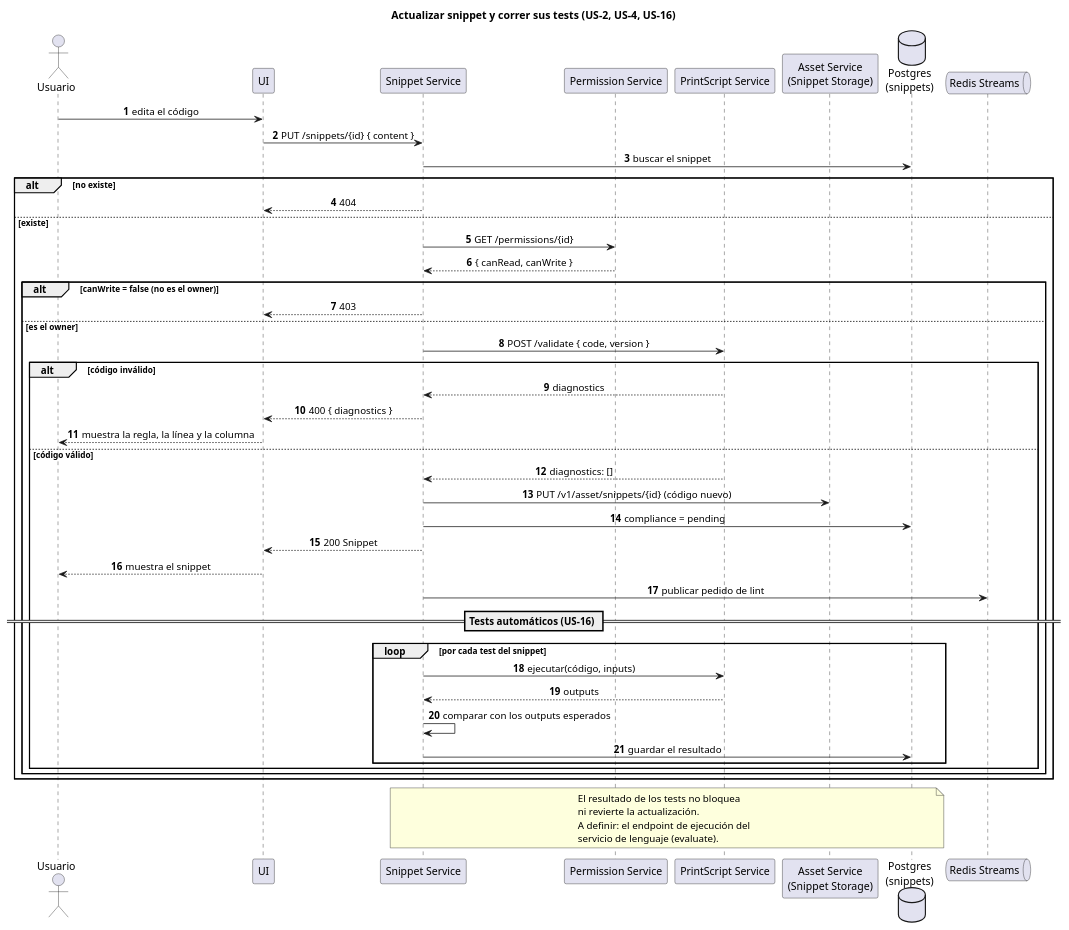
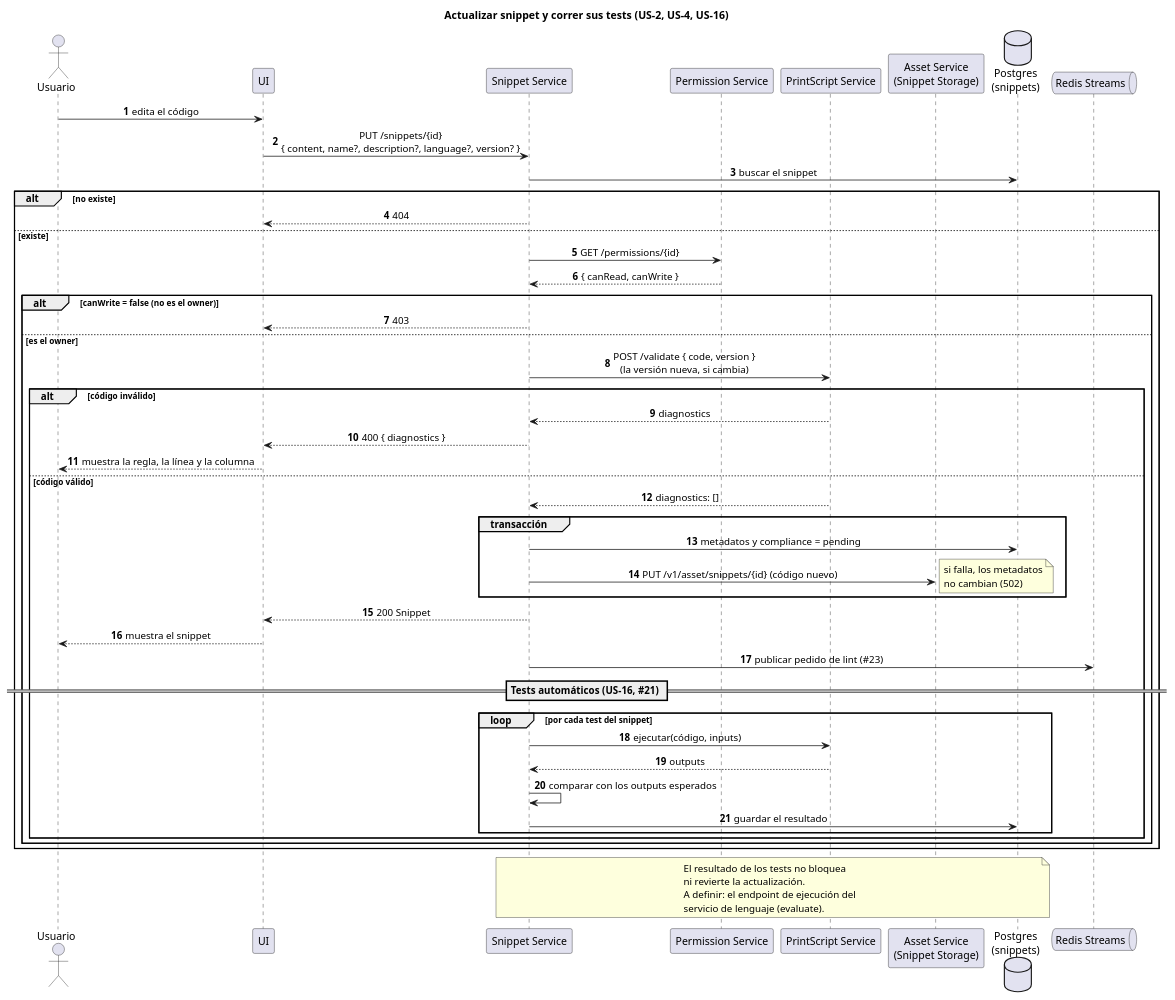
The diagram in docs/diagramas/flujos/secuencia-actualizar-snippet.puml (MartinaCousido/SnippetSearcher), drawn with PlantUML before and after one commit. The commit also changed 7 other files, not shown here.

First line of the commit message:
feat(snippets): actualiza un snippet con PUT /snippets/{id}

```diff
--- a/docs/diagramas/flujos/secuencia-actualizar-snippet.puml
+++ b/docs/diagramas/flujos/secuencia-actualizar-snippet.puml
@@ -1,59 +1,63 @@
 @startuml secuencia-actualizar-snippet
 ' Actualizar un snippet y correr sus tests (US-2, US-4, US-16).
-' Falta implementarlo: #16 y #21. Los endpoints son los del README.
+' La actualización está implementada (#16). Faltan el lint en segundo plano
+' (#23) y los tests automáticos (#21). Los endpoints son los del README.
 
 title Actualizar snippet y correr sus tests (US-2, US-4, US-16)
 autonumber
 skinparam sequenceMessageAlign center
 
 actor Usuario
 participant UI
 participant "Snippet Service" as S
 participant "Permission Service" as P
 participant "PrintScript Service" as PS
 participant "Asset Service\n(Snippet Storage)" as ST
 database "Postgres\n(snippets)" as DB
 queue "Redis Streams" as Q
 
 Usuario -> UI : edita el código
-UI -> S : PUT /snippets/{id} { content }
+UI -> S : PUT /snippets/{id}\n{ content, name?, description?, language?, version? }
 S -> DB : buscar el snippet
 alt no existe
   S --> UI : 404
 else existe
   S -> P : GET /permissions/{id}
   P --> S : { canRead, canWrite }
   alt canWrite = false (no es el owner)
     S --> UI : 403
   else es el owner
-    S -> PS : POST /validate { code, version }
+    S -> PS : POST /validate { code, version }\n(la versión nueva, si cambia)
     alt código inválido
       PS --> S : diagnostics
       S --> UI : 400 { diagnostics }
       UI --> Usuario : muestra la regla, la línea y la columna
     else código válido
       PS --> S : diagnostics: []
-      S -> ST : PUT /v1/asset/snippets/{id} (código nuevo)
-      S -> DB : compliance = pending
+      group transacción
+        S -> DB : metadatos y compliance = pending
+        S -> ST : PUT /v1/asset/snippets/{id} (código nuevo)
+        note right: si falla, los metadatos\nno cambian (502)
+      end
       S --> UI : 200 Snippet
       UI --> Usuario : muestra el snippet
-      S -> Q : publicar pedido de lint
+      S -> Q : publicar pedido de lint (#23)
 
-      == Tests automáticos (US-16) ==
+      == Tests automáticos (US-16, #21) ==
       loop por cada test del snippet
         S -> PS : ejecutar(código, inputs)
         PS --> S : outputs
         S -> S : comparar con los outputs esperados
         S -> DB : guardar el resultado
       end
     end
   end
 end
 
 note over S, DB
   El resultado de los tests no bloquea
   ni revierte la actualización.
   A definir: el endpoint de ejecución del
   servicio de lenguaje (evaluate).
 end note
 @enduml
```
